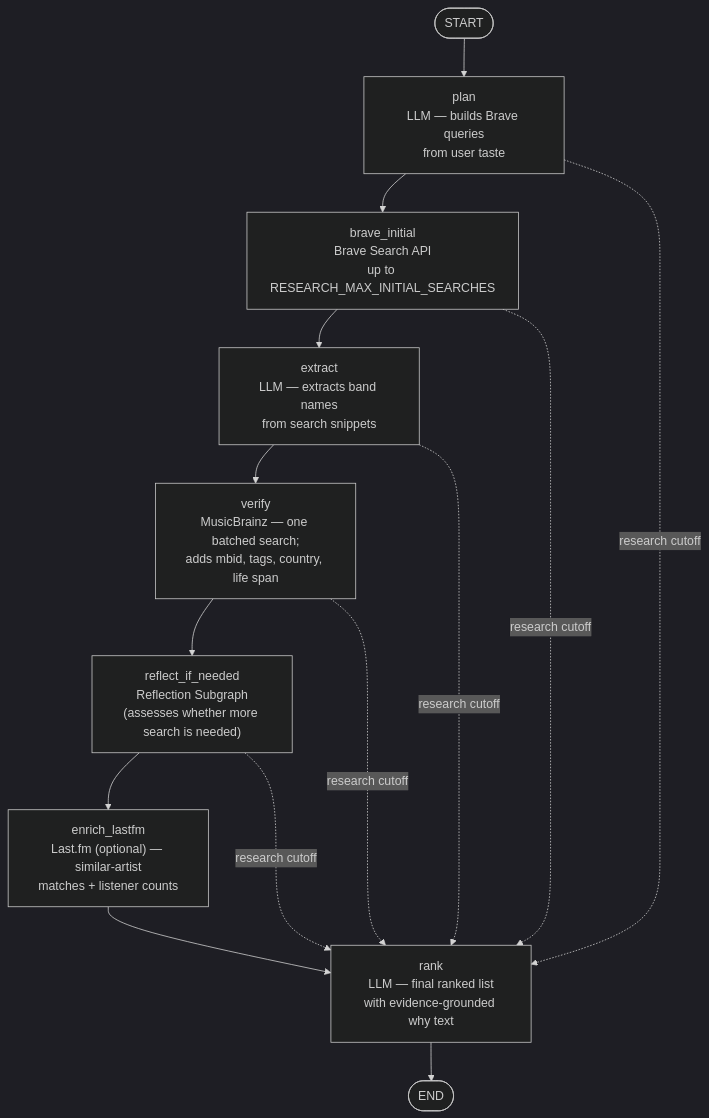
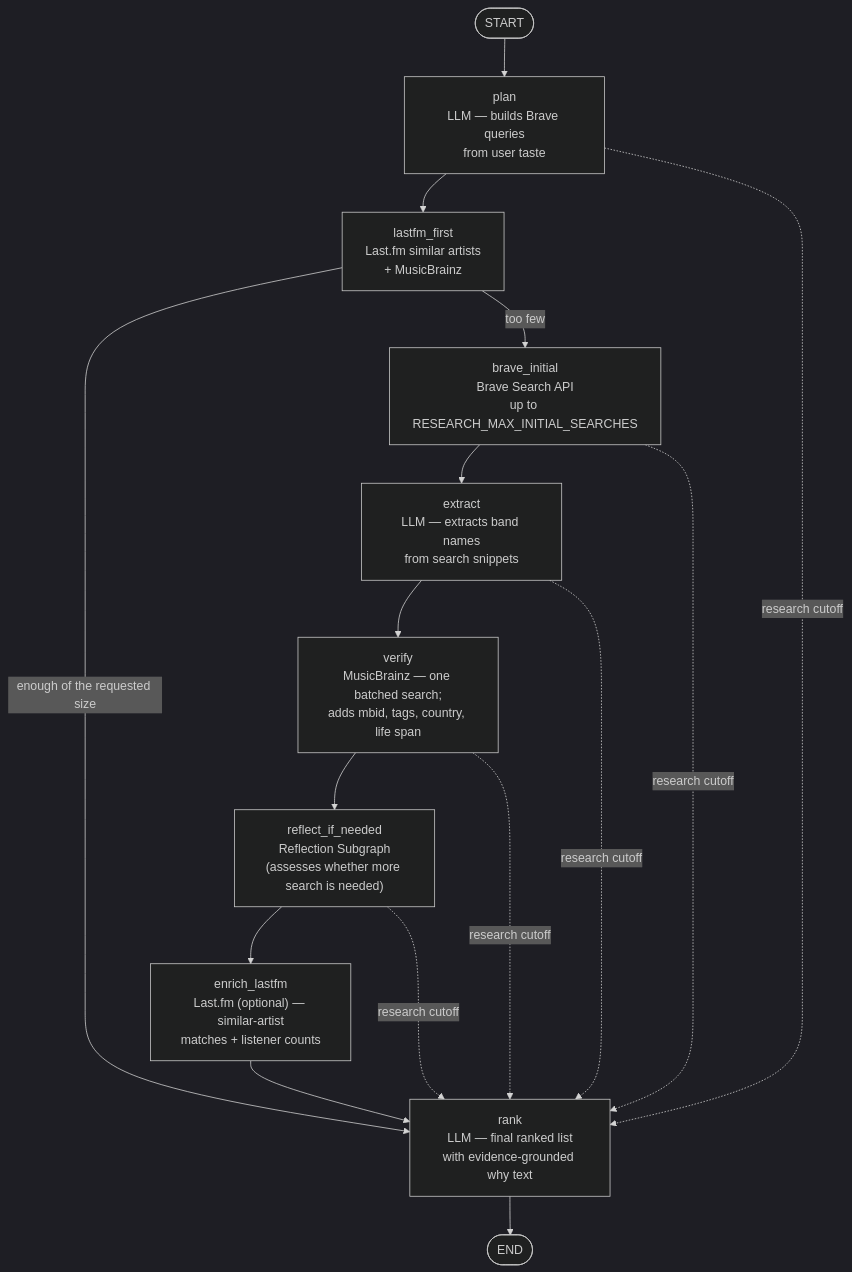
One commit to eikrad/bandsearch-app changed the third of 6 diagrams in docs/architecture/ARCHITECTURE.md. Above: the diagram before and after it, drawn with Mermaid (dark theme). The commit also changed other lines of this file and 11 other files, not shown here.

First line of the commit message:
feat(api): answer from Last.fm first when it knows enough

````diff
--- a/docs/architecture/ARCHITECTURE.md
+++ b/docs/architecture/ARCHITECTURE.md
@@ -173,16 +173,18 @@
 ```mermaid
 flowchart TD
     START(["START"]) --> plan["plan\nLLM — builds Brave queries\nfrom user taste"]
-    plan --> brave_initial["brave_initial\nBrave Search API\nup to RESEARCH_MAX_INITIAL_SEARCHES"]
+    plan --> lastfm_first["lastfm_first\nLast.fm similar artists\n+ MusicBrainz"]
+    lastfm_first -->|"enough of the requested size"| rank
+    lastfm_first -->|"too few"| brave_initial["brave_initial\nBrave Search API\nup to RESEARCH_MAX_INITIAL_SEARCHES"]
     brave_initial --> extract["extract\nLLM — extracts band names\nfrom search snippets"]
     extract --> verify["verify\nMusicBrainz — one batched search;\nadds mbid, tags, country, life span"]
     verify --> reflect_if_needed["reflect_if_needed\nReflection Subgraph\n(assesses whether more search is needed)"]
     reflect_if_needed --> enrich_lastfm["enrich_lastfm\nLast.fm (optional) — similar-artist\nmatches + listener counts"]
     enrich_lastfm --> rank["rank\nLLM — final ranked list\nwith evidence-grounded why text"]
     rank --> END(["END"])
     plan -. research cutoff .-> rank
     brave_initial -. research cutoff .-> rank
     extract -. research cutoff .-> rank
     verify -. research cutoff .-> rank
     reflect_if_needed -. research cutoff .-> rank
 ```
````
